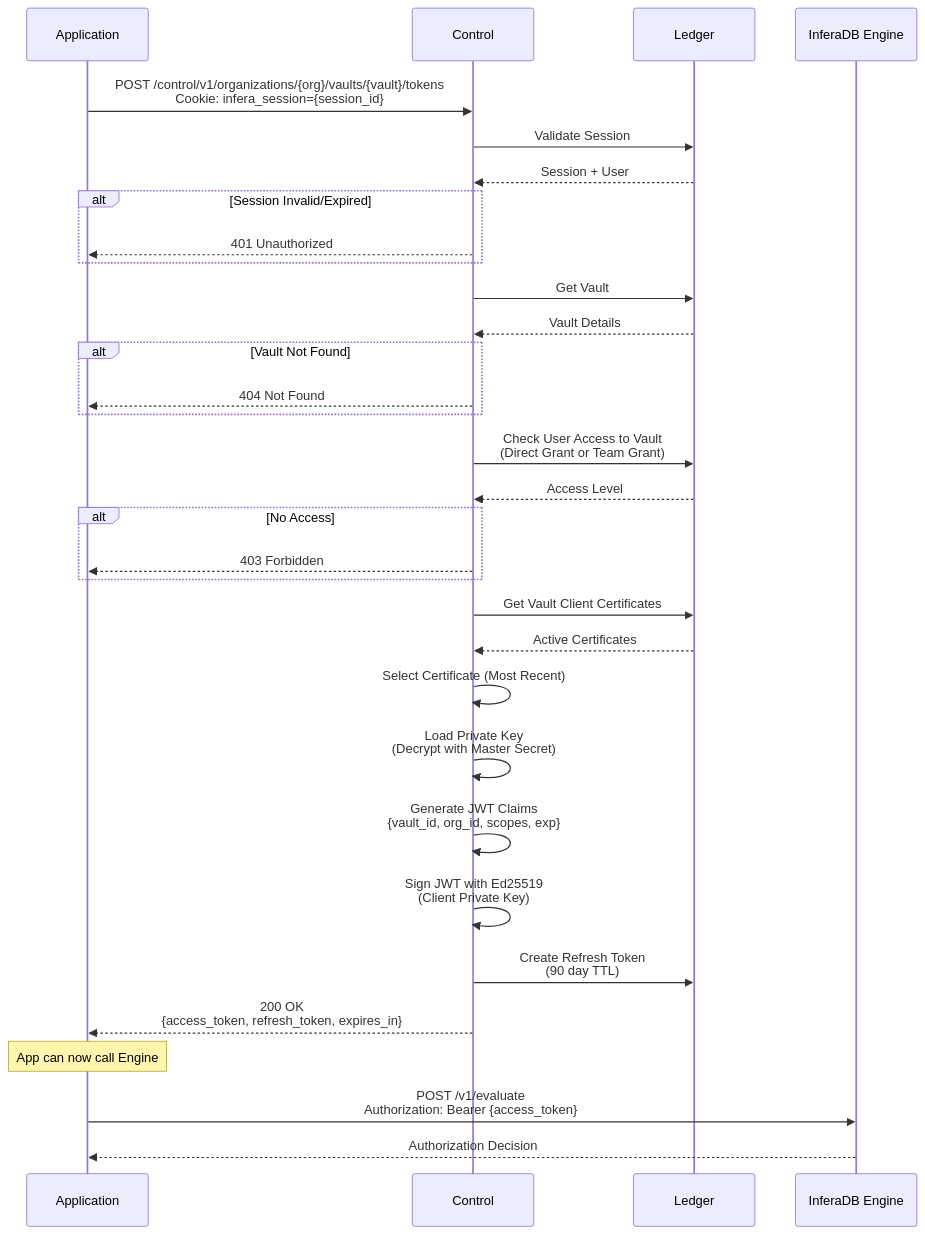
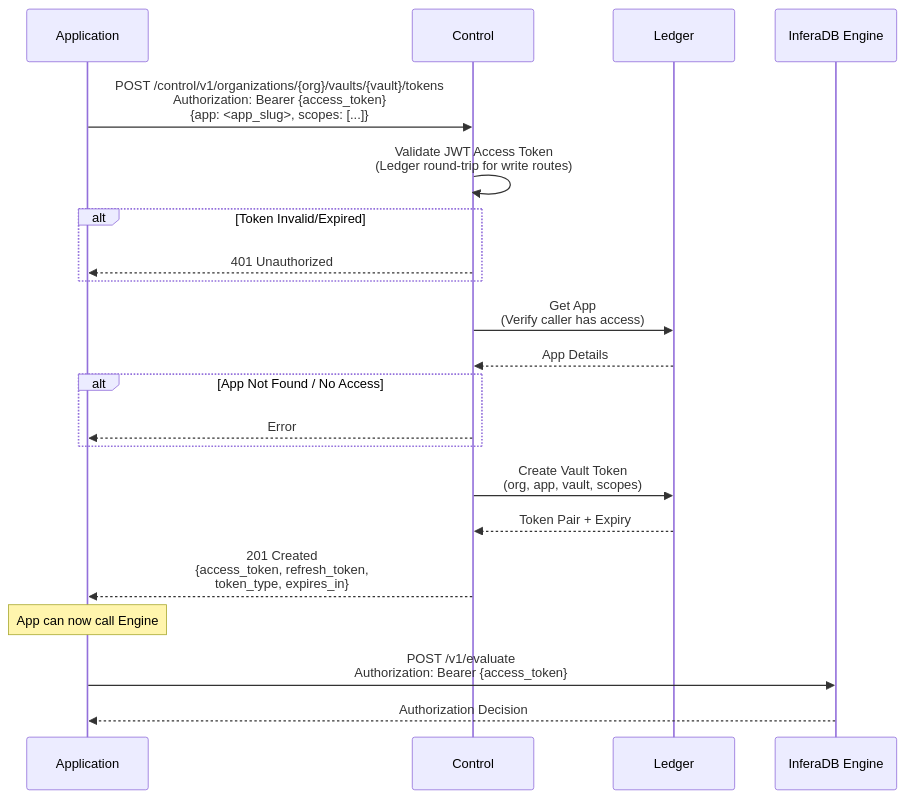
One commit to inferadb/control changed the third of 10 diagrams in docs/flows.md. Above: the diagram before and after it, drawn with Mermaid. The commit also changed other lines of this file and 46 other files, not shown here.

````diff
--- a/docs/flows.md
+++ b/docs/flows.md
@@ -92,47 +95,31 @@
 ```mermaid
 sequenceDiagram
     participant App as Application
     participant API as Control
     participant DB as Ledger
     participant Engine as InferaDB Engine
 
-    App->>API: POST /control/v1/organizations/{org}/vaults/{vault}/tokens<br/>Cookie: infera_session={session_id}
+    App->>API: POST /control/v1/organizations/{org}/vaults/{vault}/tokens<br/>Authorization: Bearer {access_token}<br/>{app: <app_slug>, scopes: [...]}
 
-    API->>DB: Validate Session
-    DB-->>API: Session + User
+    API->>API: Validate JWT Access Token<br/>(Ledger round-trip for write routes)
 
-    alt Session Invalid/Expired
+    alt Token Invalid/Expired
         API-->>App: 401 Unauthorized
     end
 
-    API->>DB: Get Vault
-    DB-->>API: Vault Details
+    API->>DB: Get App<br/>(Verify caller has access)
+    DB-->>API: App Details
 
-    alt Vault Not Found
-        API-->>App: 404 Not Found
+    alt App Not Found / No Access
+        API-->>App: Error
     end
 
-    API->>DB: Check User Access to Vault<br/>(Direct Grant or Team Grant)
-    DB-->>API: Access Level
+    API->>DB: Create Vault Token<br/>(org, app, vault, scopes)
+    DB-->>API: Token Pair + Expiry
 
-    alt No Access
-        API-->>App: 403 Forbidden
-    end
-
-    API->>DB: Get Vault Client Certificates
-    DB-->>API: Active Certificates
-
-    API->>API: Select Certificate (Most Recent)
-    API->>API: Load Private Key<br/>(Decrypt with Master Secret)
-
-    API->>API: Generate JWT Claims<br/>{vault_id, org_id, scopes, exp}
-    API->>API: Sign JWT with Ed25519<br/>(Client Private Key)
-
-    API->>DB: Create Refresh Token<br/>(90 day TTL)
-
-    API-->>App: 200 OK<br/>{access_token, refresh_token, expires_in}
+    API-->>App: 201 Created<br/>{access_token, refresh_token,<br/>token_type, expires_in}
 
     Note over App: App can now call Engine
     App->>Engine: POST /v1/evaluate<br/>Authorization: Bearer {access_token}
     Engine-->>App: Authorization Decision
 ```
````
